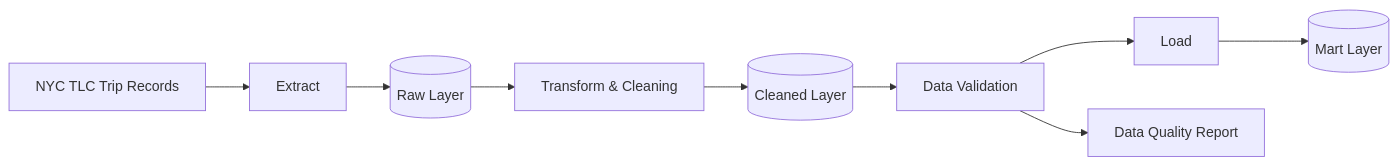
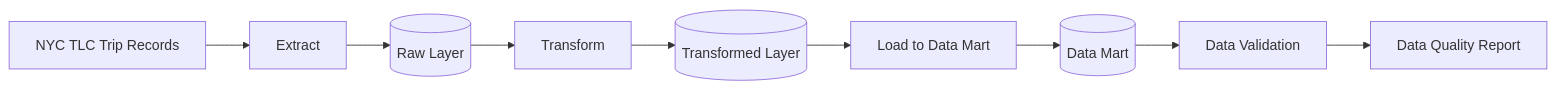
One commit to agungngrh/nyc_taxi-etl_pipeline changed the first of 2 diagrams in README.md. Above: the diagram before and after it, drawn with Mermaid.

Commit message:
change diagram

````diff
--- a/README.md
+++ b/README.md
@@ -11,22 +11,21 @@
 ```mermaid
 flowchart LR
     A[NYC TLC Trip Records]
     B[Extract]
     C[(Raw Layer)]
-    D[Transform & Cleaning]
-    E[(Cleaned Layer)]
-    F[Data Validation]
-    G[Load]
-    H[(Mart Layer)]
+    D[Transform]
+    E[(Transformed Layer)]
+    F[Load to Data Mart]
+    G[(Data Mart)]
+    H[Data Validation]
     I[Data Quality Report]
 
     A --> B
     B --> C
     C --> D
     D --> E
     E --> F
     F --> G
     G --> H
-
-    F --> I
+    H --> I
 ```
````
